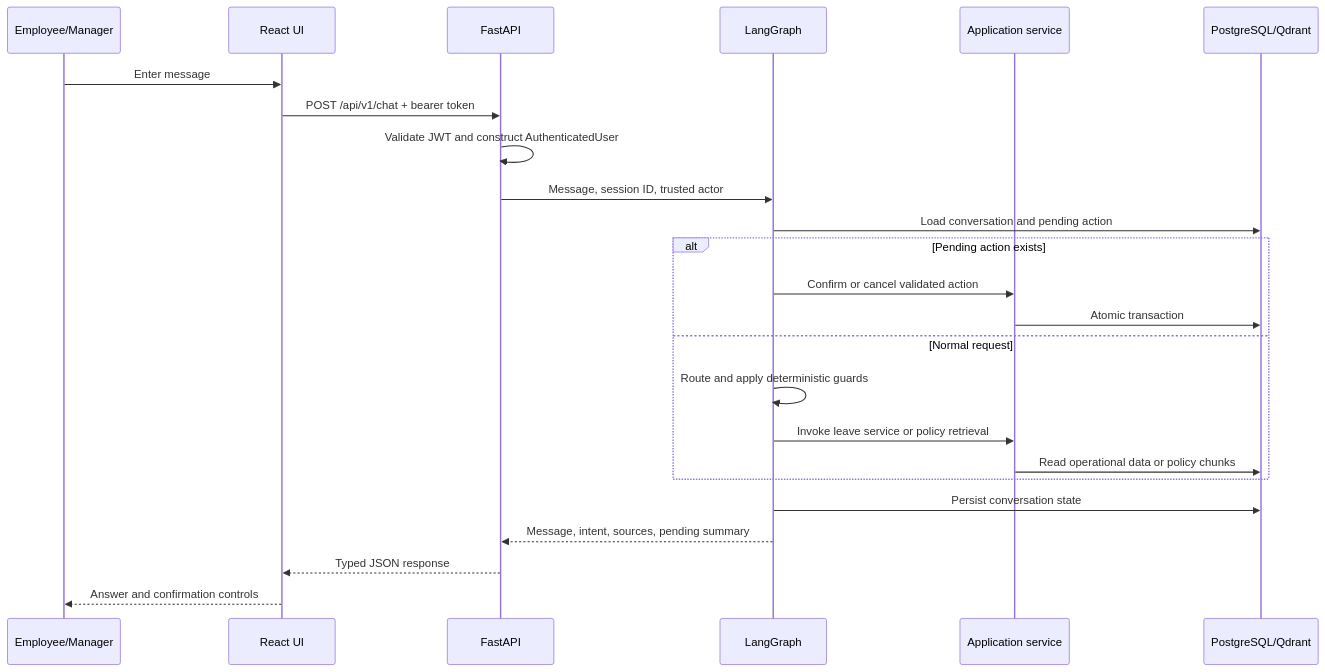
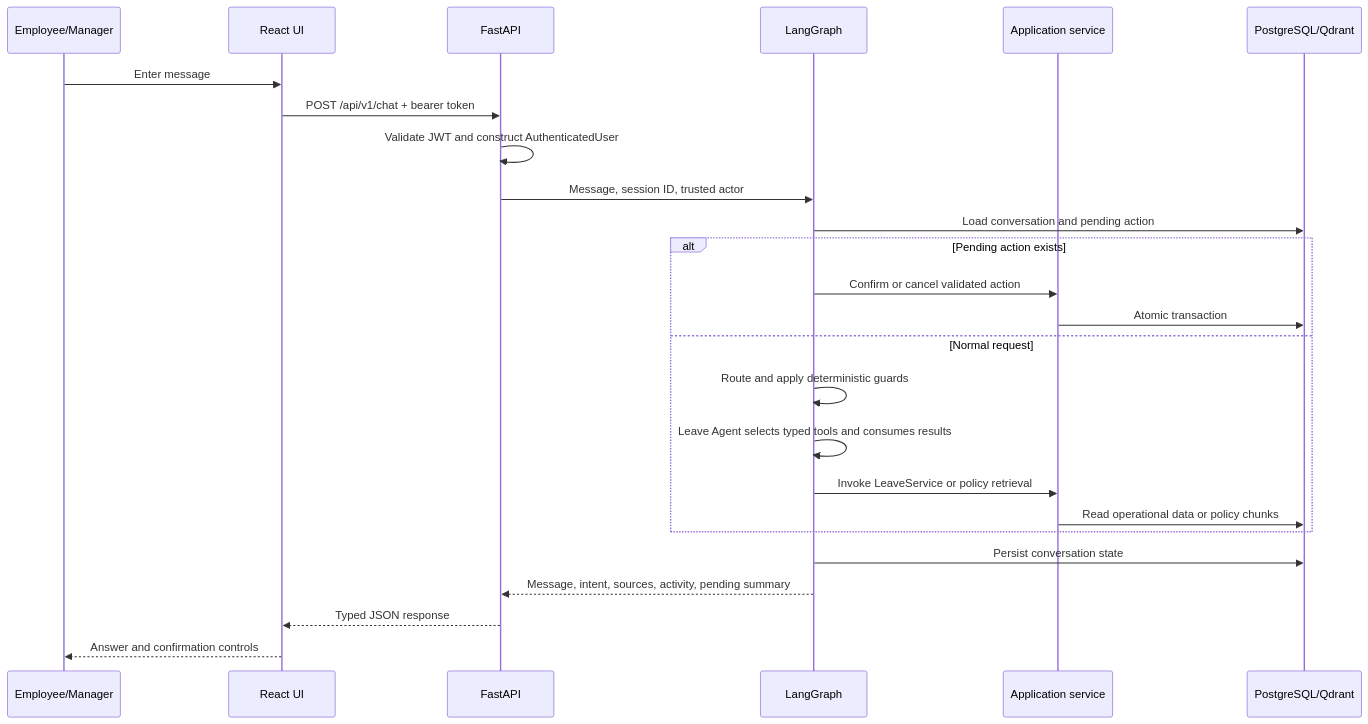
The second of 3 diagrams in ARCHITECTURE.md (Hariharan27/Agentic-HR-Employee-Assistant), drawn with Mermaid before and after one commit. The commit also changed other lines of this file and 18 other files, not shown here.

First line of the commit message:
feat: convert leave workflow to bounded tool-calling Leave Agent

````diff
--- a/ARCHITECTURE.md
+++ b/ARCHITECTURE.md
@@ -87,27 +91,28 @@
 ```mermaid
 sequenceDiagram
     participant U as Employee/Manager
     participant W as React UI
     participant A as FastAPI
     participant G as LangGraph
     participant S as Application service
     participant D as PostgreSQL/Qdrant
 
     U->>W: Enter message
     W->>A: POST /api/v1/chat + bearer token
     A->>A: Validate JWT and construct AuthenticatedUser
     A->>G: Message, session ID, trusted actor
     G->>D: Load conversation and pending action
     alt Pending action exists
         G->>S: Confirm or cancel validated action
         S->>D: Atomic transaction
     else Normal request
         G->>G: Route and apply deterministic guards
-        G->>S: Invoke leave service or policy retrieval
+        G->>G: Leave Agent selects typed tools and consumes results
+        G->>S: Invoke LeaveService or policy retrieval
         S->>D: Read operational data or policy chunks
     end
     G->>D: Persist conversation state
-    G-->>A: Message, intent, sources, pending summary
+    G-->>A: Message, intent, sources, activity, pending summary
     A-->>W: Typed JSON response
     W-->>U: Answer and confirmation controls
 ```
````
